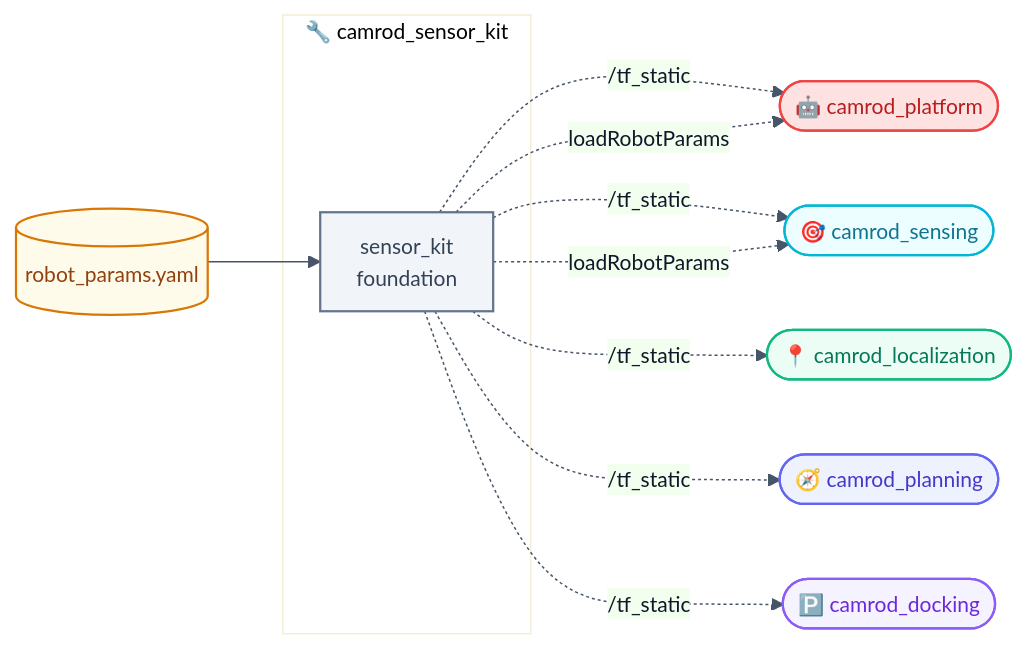
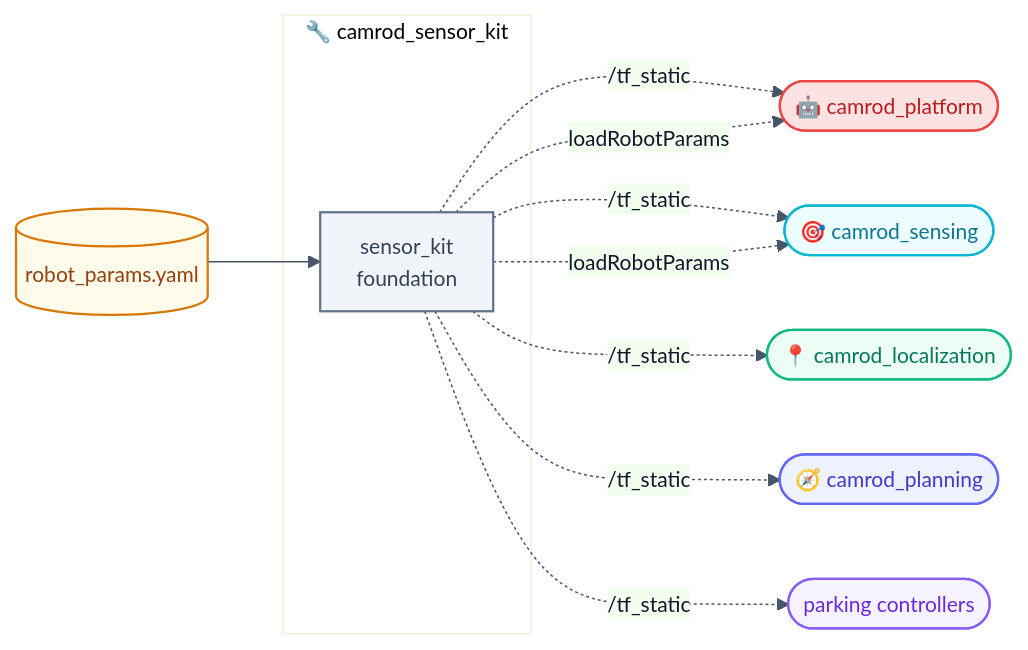
The first of 4 diagrams in camrod_sensor_kit/README.md (hwanhonglee/CAMROD), drawn with Mermaid before and after one commit. The commit also changed other lines of this file and 13 other files, not shown here.

````diff
--- a/camrod_sensor_kit/README.md
+++ b/camrod_sensor_kit/README.md
@@ -47,25 +47,25 @@
 ```mermaid
 %%{init: {'theme': 'base', 'themeVariables': {'fontFamily': 'ui-sans-serif, system-ui, sans-serif', 'fontSize': '14px', 'primaryColor': '#EEF2FF', 'primaryTextColor': '#0F172A', 'primaryBorderColor': '#6366F1', 'lineColor': '#475569'}, 'flowchart': {'curve': 'basis', 'htmlLabels': true, 'padding': 12}}}%%
 graph LR
   YAML[(robot_params.yaml)]:::config --> SKIT
 
   subgraph SKIT_BOX["🔧 camrod_sensor_kit"]
     SKIT[sensor_kit\nfoundation]:::system
   end
 
   SKIT -.->|/tf_static| PLAT([🤖 camrod_platform]):::platform
   SKIT -.->|/tf_static| SENS([🎯 camrod_sensing]):::sensing
   SKIT -.->|/tf_static| LOC([📍 camrod_localization]):::localization
   SKIT -.->|/tf_static| PLAN([🧭 camrod_planning]):::planning
-  SKIT -.->|/tf_static| PARK([🅿️ camrod_docking]):::docking
+  SKIT -.->|/tf_static| PARK([parking controllers]):::parking
   SKIT -.->|loadRobotParams| PLAT
   SKIT -.->|loadRobotParams| SENS
 
   classDef sensing      fill:#ECFEFF,stroke:#06B6D4,stroke-width:1.5px,color:#0E7490;
   classDef localization fill:#ECFDF5,stroke:#10B981,stroke-width:1.5px,color:#047857;
   classDef planning     fill:#EEF2FF,stroke:#6366F1,stroke-width:1.5px,color:#4338CA;
   classDef platform     fill:#FEE2E2,stroke:#EF4444,stroke-width:1.5px,color:#B91C1C;
-  classDef docking      fill:#F5F3FF,stroke:#8B5CF6,stroke-width:1.5px,color:#6D28D9;
+  classDef parking      fill:#F5F3FF,stroke:#8B5CF6,stroke-width:1.5px,color:#6D28D9;
   classDef system       fill:#F1F5F9,stroke:#64748B,stroke-width:1.5px,color:#334155;
   classDef config       fill:#FFFBEB,stroke:#D97706,stroke-width:1.5px,color:#92400E;
 ```
````
